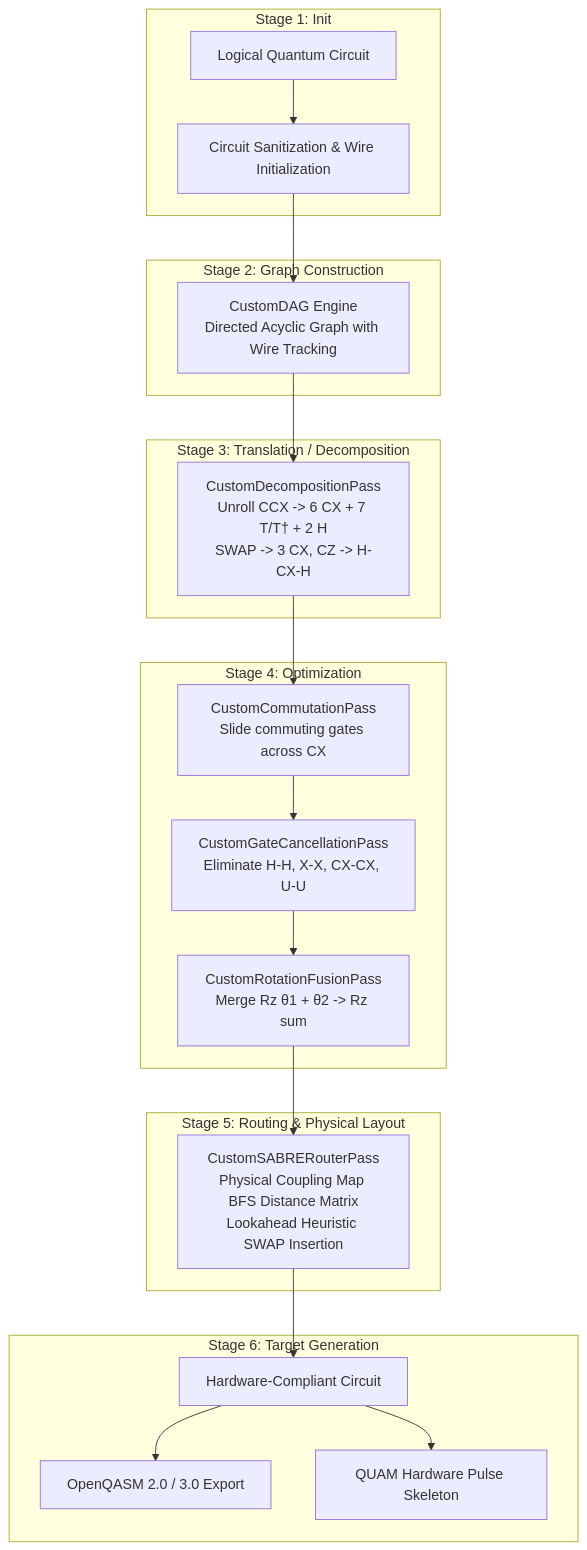
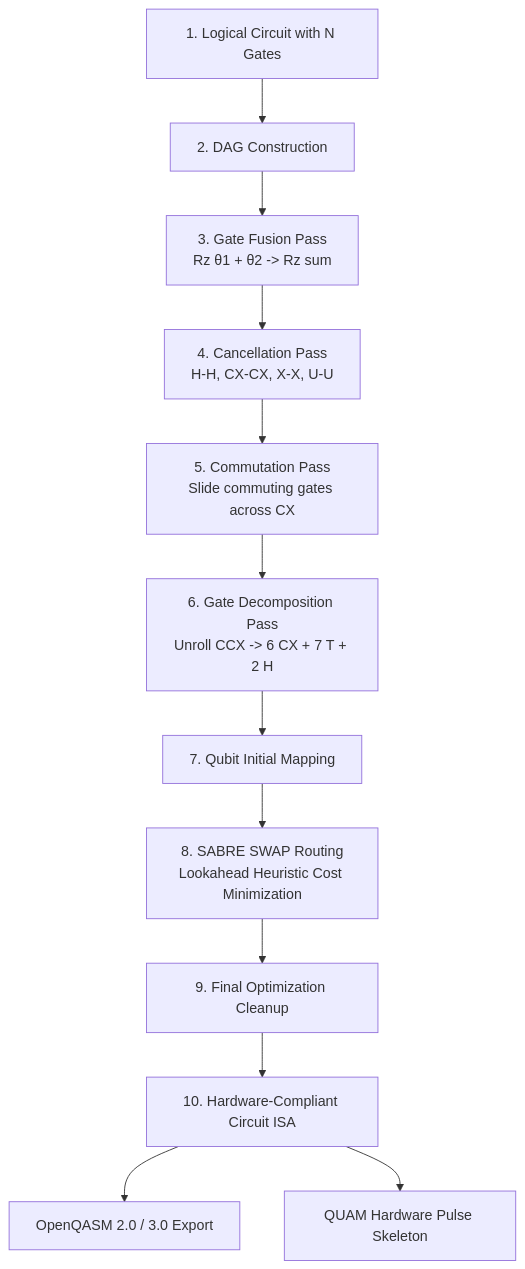
The diagram in README.md (Babin123456/Quantum-Circuit-Optimizer), drawn with Mermaid before and after one commit. The commit also changed other lines of this file, not shown here.

Commit message:
docs: complete step-by-step setup and execution guide with master transpile_circuit instructions

````diff
--- a/README.md
+++ b/README.md
@@ -40,30 +74,14 @@
 ```mermaid
 flowchart TD
-    subgraph S1 [Stage 1: Init]
-        A[Logical Quantum Circuit] --> B[Circuit Sanitization & Wire Initialization]
-    end
-
-    subgraph S2 [Stage 2: Graph Construction]
-        B --> C[CustomDAG Engine\nDirected Acyclic Graph with Wire Tracking]
-    end
-
-    subgraph S3 [Stage 3: Translation / Decomposition]
-        C --> D[CustomDecompositionPass\nUnroll CCX -> 6 CX + 7 T/T† + 2 H\nSWAP -> 3 CX, CZ -> H-CX-H]
-    end
-
-    subgraph S4 [Stage 4: Optimization]
-        D --> E[CustomCommutationPass\nSlide commuting gates across CX]
-        E --> F[CustomGateCancellationPass\nEliminate H-H, X-X, CX-CX, U-U]
-        F --> G[CustomRotationFusionPass\nMerge Rz θ1 + θ2 -> Rz sum]
-    end
-
-    subgraph S5 [Stage 5: Routing & Physical Layout]
-        G --> H[CustomSABRERouterPass\nPhysical Coupling Map BFS Distance Matrix\nLookahead Heuristic SWAP Insertion]
-    end
-
-    subgraph S6 [Stage 6: Target Generation]
-        H --> I1[Hardware-Compliant Circuit]
-        I1 --> I2[OpenQASM 2.0 / 3.0 Export]
-        I1 --> I3[QUAM Hardware Pulse Skeleton]
-    end
+    In[1. Logical Circuit with N Gates] --> DAG[2. DAG Construction]
+    DAG --> Fusion[3. Gate Fusion Pass\nRz θ1 + θ2 -> Rz sum]
+    Fusion --> Cancel[4. Cancellation Pass\nH-H, CX-CX, X-X, U-U]
+    Cancel --> Commute[5. Commutation Pass\nSlide commuting gates across CX]
+    Commute --> Decomp[6. Gate Decomposition Pass\nUnroll CCX -> 6 CX + 7 T + 2 H]
+    Decomp --> Mapping[7. Qubit Initial Mapping]
+    Mapping --> SABRE[8. SABRE SWAP Routing\nLookahead Heuristic Cost Minimization]
+    SABRE --> FinalOpt[9. Final Optimization Cleanup]
+    FinalOpt --> Out[10. Hardware-Compliant Circuit ISA]
+    Out --> QASM[OpenQASM 2.0 / 3.0 Export]
+    Out --> QUAM[QUAM Hardware Pulse Skeleton]
 ```
````
